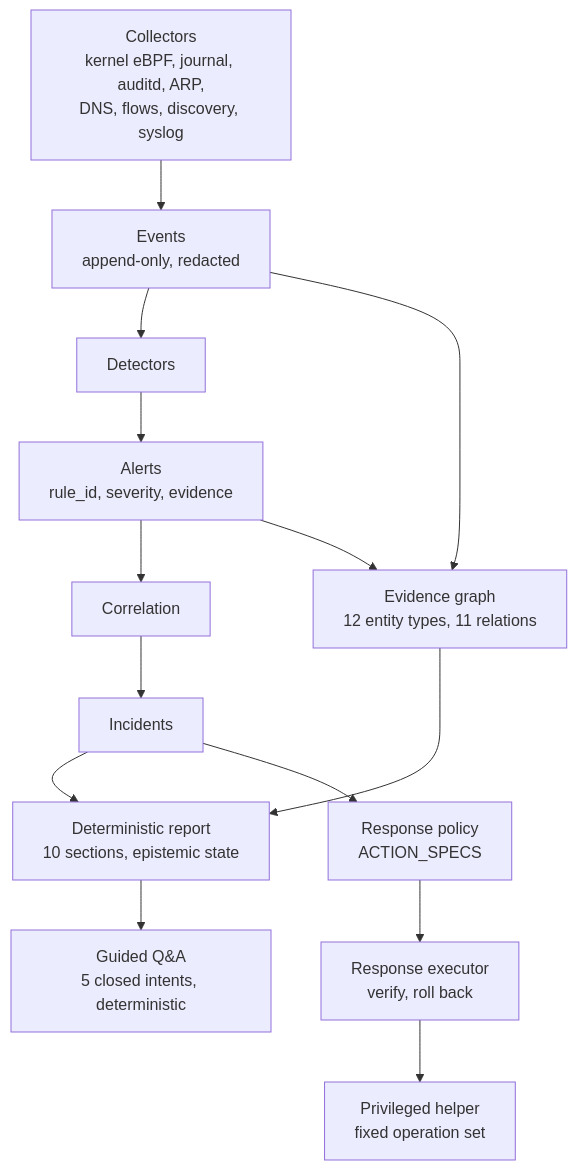
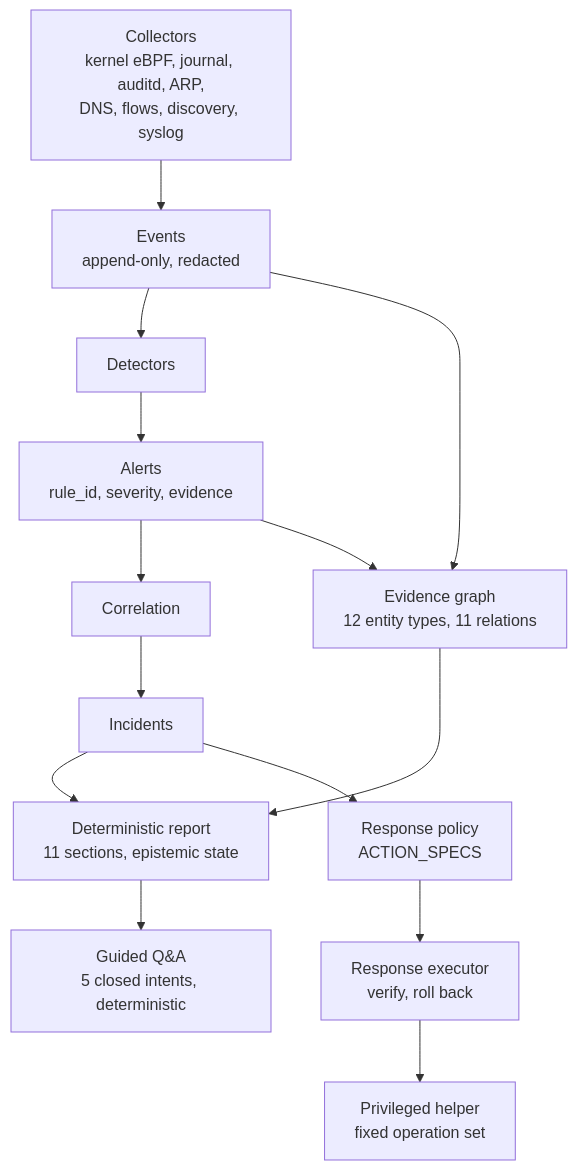
The first of 2 diagrams in docs/ARCHITECTURE.md (trannguyenkhoa2002-art/zuken-shield), drawn with Mermaid before and after one commit. The commit also changed 14 other files, not shown here.

````diff
--- a/docs/ARCHITECTURE.md
+++ b/docs/ARCHITECTURE.md
@@ -5,16 +5,16 @@
 ```mermaid
 flowchart TD
     COL[Collectors<br/>kernel eBPF, journal, auditd, ARP,<br/>DNS, flows, discovery, syslog] --> EV[Events<br/>append-only, redacted]
     EV --> DET[Detectors]
     DET --> AL[Alerts<br/>rule_id, severity, evidence]
     AL --> COR[Correlation]
     COR --> INC[Incidents]
     EV --> GR[Evidence graph<br/>12 entity types, 11 relations]
     AL --> GR
-    INC --> REP[Deterministic report<br/>10 sections, epistemic state]
+    INC --> REP[Deterministic report<br/>11 sections, epistemic state]
     GR --> REP
     REP --> QA[Guided Q&A<br/>5 closed intents, deterministic]
     INC --> POL[Response policy<br/>ACTION_SPECS]
     POL --> EXE[Response executor<br/>verify, roll back]
     EXE --> HELP[Privileged helper<br/>fixed operation set]
 ```
````
